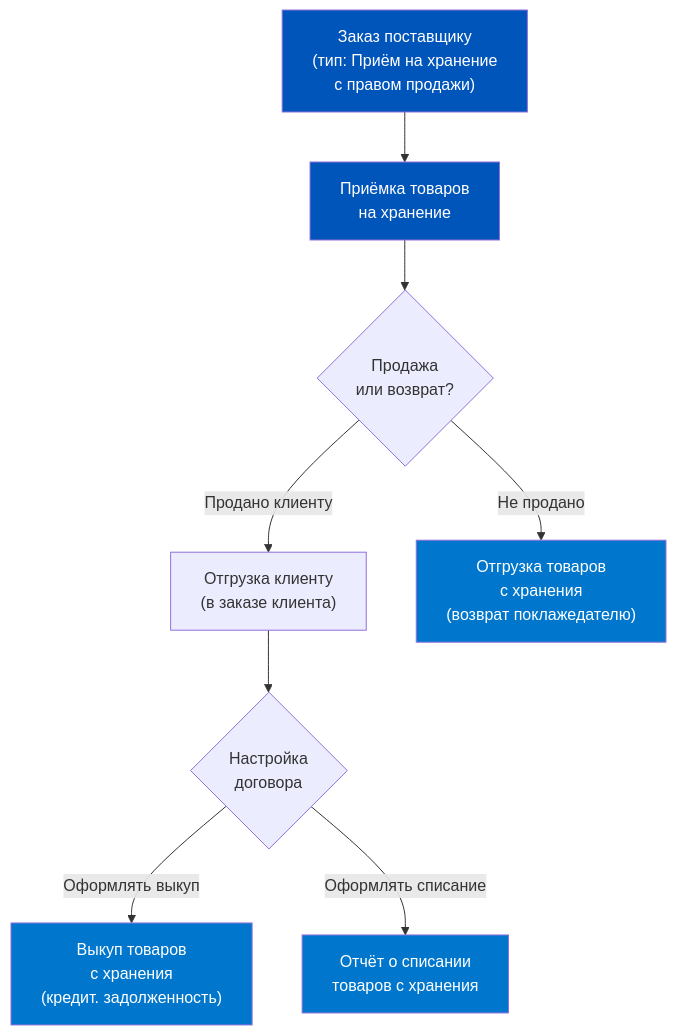
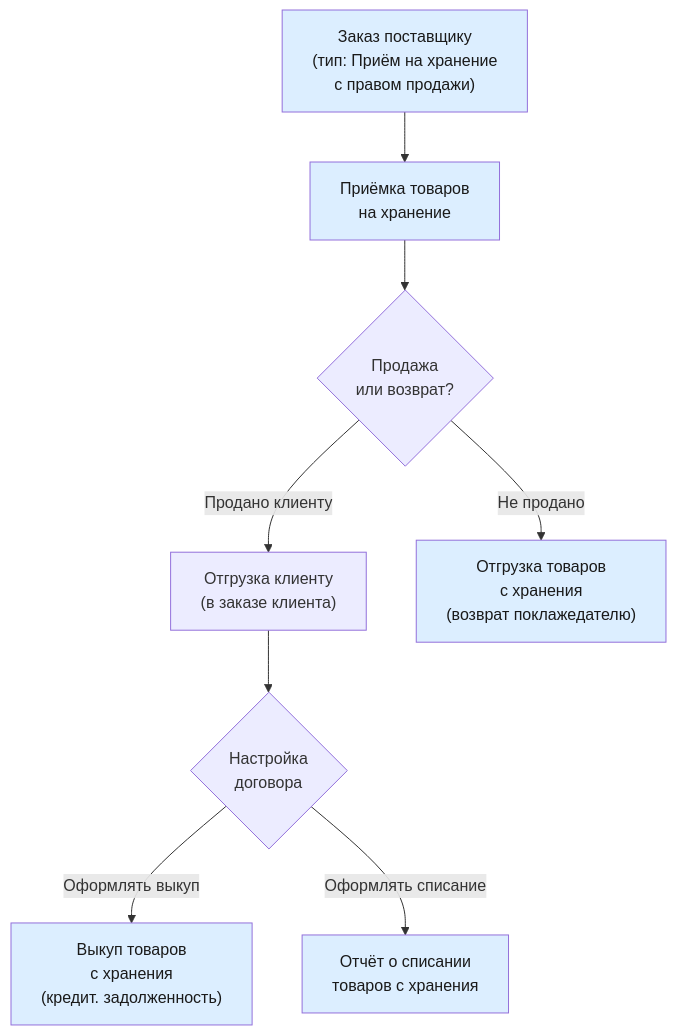
The first of 6 diagrams in content/1c-erp/week_3/Неделя 3 - День 4 - Ответственное хранение.md (murad1986/1c-erp-quartz), drawn with Mermaid before and after one commit. The commit also changed other lines of this file and 57 other files, not shown here.

First line of the commit message:
fix: Mermaid — пастельные цвета в источниках диаграмм (56 файлов)

````diff
--- a/content/1c-erp/week_3/Неделя 3 - День 4 - Ответственное хранение.md
+++ b/content/1c-erp/week_3/Неделя 3 - День 4 - Ответственное хранение.md
@@ -77,16 +77,16 @@
 ```mermaid
 flowchart TD
     A["Заказ поставщику<br/>(тип: Приём на хранение<br/>с правом продажи)"] --> B["Приёмка товаров<br/>на хранение"]
     B --> C{Продажа<br/>или возврат?}
     C -->|Продано клиенту| D["Отгрузка клиенту<br/>(в заказе клиента)"]
     D --> E{Настройка<br/>договора}
     E -->|Оформлять выкуп| F["Выкуп товаров<br/>с хранения<br/>(кредит. задолженность)"]
     E -->|Оформлять списание| G["Отчёт о списании<br/>товаров с хранения"]
     C -->|Не продано| H["Отгрузка товаров<br/>с хранения<br/>(возврат поклажедателю)"]
 
-    style A fill:#0055BB,color:#fff
-    style B fill:#0055BB,color:#fff
-    style F fill:#0077CC,color:#fff
-    style G fill:#0077CC,color:#fff
-    style H fill:#0077CC,color:#fff
+    style A fill:#dceeff,color:#1a1a1a
+    style B fill:#dceeff,color:#1a1a1a
+    style F fill:#dceeff,color:#1a1a1a
+    style G fill:#dceeff,color:#1a1a1a
+    style H fill:#dceeff,color:#1a1a1a
 ```
````
